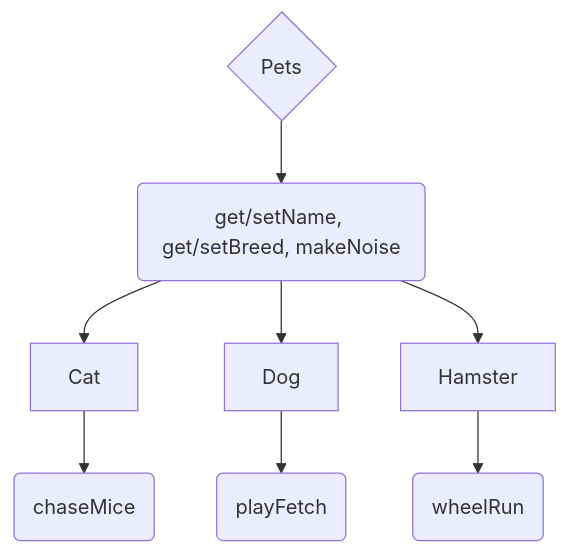
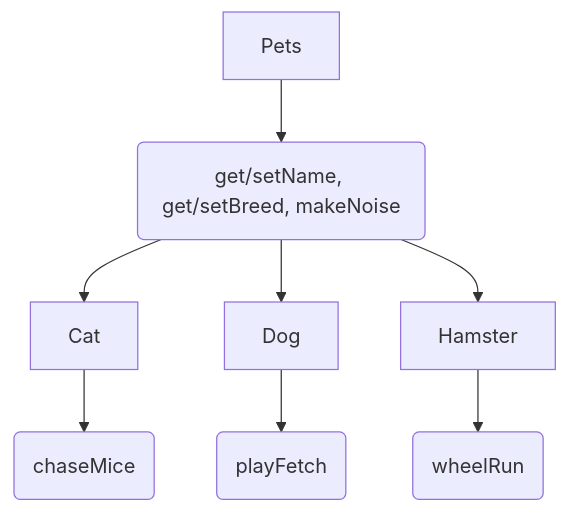
Before and after one commit to CSU-CS162/Lab04PetStore: the diagram in README.md, drawn with Mermaid.

````diff
--- a/README.md
+++ b/README.md
@@ -5,7 +5,7 @@
 ```mermaid
 graph TD;
-    A{Pets}--> E(get/setName, get/setBreed, makeNoise);
+    A[Pets]--> E(get/setName, get/setBreed, makeNoise);
     E --> B[Cat] --> F(chaseMice);
     E --> C[Dog] -->G(playFetch);
     E --> D[Hamster] --> H(wheelRun);
 ```
````
